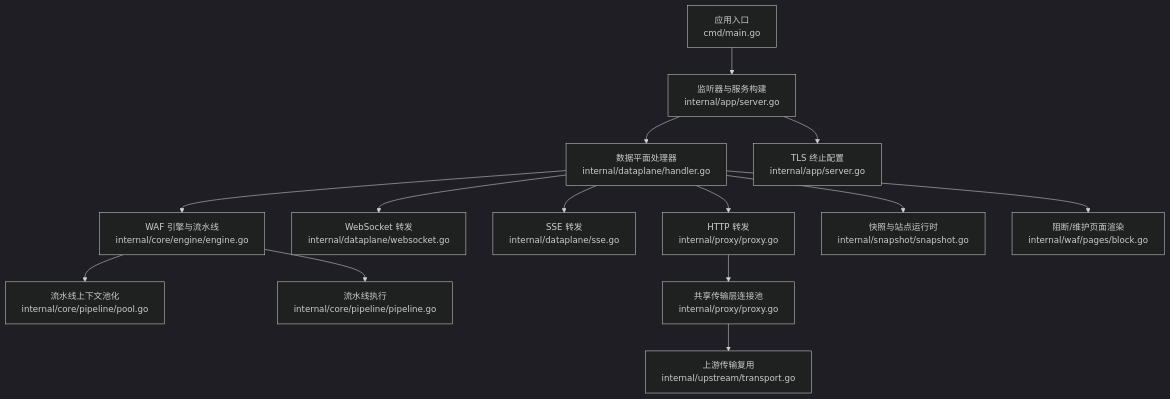
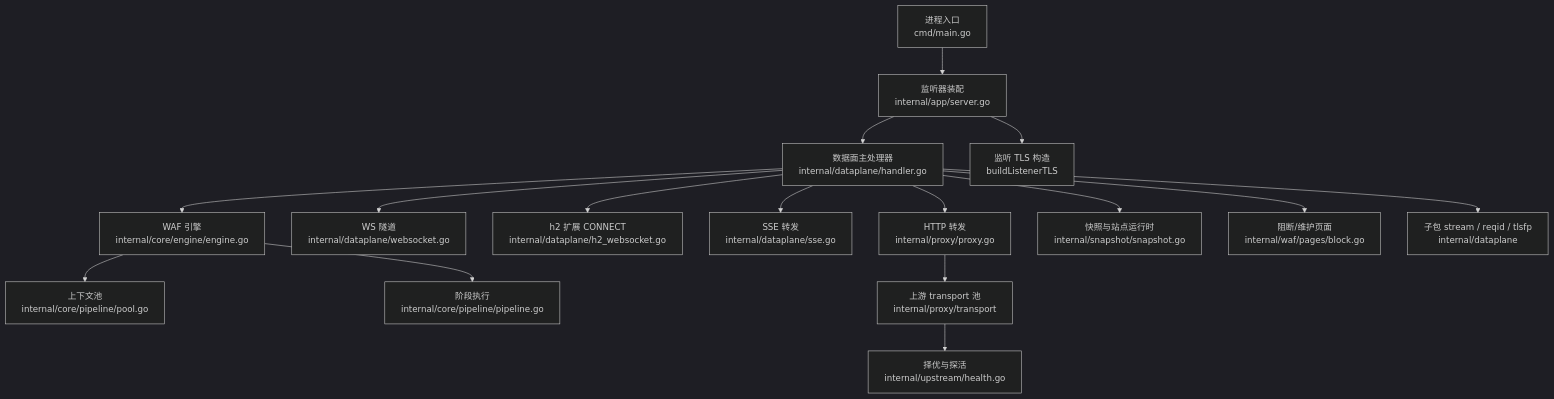
One commit to x01n/My-OpenWaf changed the first of 12 diagrams in docs/数据平面处理/数据平面处理.md. Above: the diagram before and after it, drawn with Mermaid (dark theme). The commit also changed other lines of this file and 622 other files, not shown here.

````diff
--- a/docs/数据平面处理/数据平面处理.md
+++ b/docs/数据平面处理/数据平面处理.md
@@ -79,16 +116,18 @@
 ```mermaid
 graph TB
-A["应用入口<br/>cmd/main.go"] --> B["监听器与服务构建<br/>internal/app/server.go"]
-B --> C["数据平面处理器<br/>internal/dataplane/handler.go"]
+A["进程入口<br/>cmd/main.go"] --> B["监听器装配<br/>internal/app/server.go"]
+B --> C["数据面主处理器<br/>internal/dataplane/handler.go"]
 C --> C1["HTTP 转发<br/>internal/proxy/proxy.go"]
-C --> C2["WebSocket 转发<br/>internal/dataplane/websocket.go"]
-C --> C3["SSE 转发<br/>internal/dataplane/sse.go"]
-C --> D["WAF 引擎与流水线<br/>internal/core/engine/engine.go"]
-D --> E["流水线上下文池化<br/>internal/core/pipeline/pool.go"]
-D --> F["流水线执行<br/>internal/core/pipeline/pipeline.go"]
+C --> C2["WS 隧道<br/>internal/dataplane/websocket.go"]
+C --> C3["h2 扩展 CONNECT<br/>internal/dataplane/h2_websocket.go"]
+C --> C4["SSE 转发<br/>internal/dataplane/sse.go"]
+C --> D["WAF 引擎<br/>internal/core/engine/engine.go"]
+D --> E["上下文池<br/>internal/core/pipeline/pool.go"]
+D --> F["阶段执行<br/>internal/core/pipeline/pipeline.go"]
 C --> G["快照与站点运行时<br/>internal/snapshot/snapshot.go"]
-C --> H["阻断/维护页面渲染<br/>internal/waf/pages/block.go"]
-B --> I["TLS 终止配置<br/>internal/app/server.go"]
-C1 --> J["共享传输层连接池<br/>internal/proxy/proxy.go"]
-J --> K["上游传输复用<br/>internal/upstream/transport.go"]
+C --> H["阻断/维护页面<br/>internal/waf/pages/block.go"]
+B --> I["监听 TLS 构造<br/>buildListenerTLS"]
+C1 --> J["上游 transport 池<br/>internal/proxy/transport"]
+J --> K["择优与探活<br/>internal/upstream/health.go"]
+C --> L["子包 stream / reqid / tlsfp<br/>internal/dataplane"]
 ```
````
